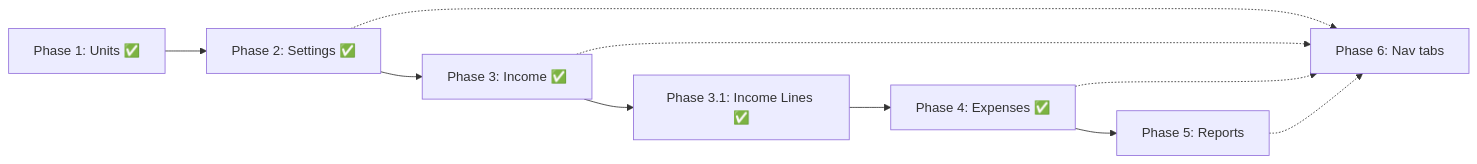
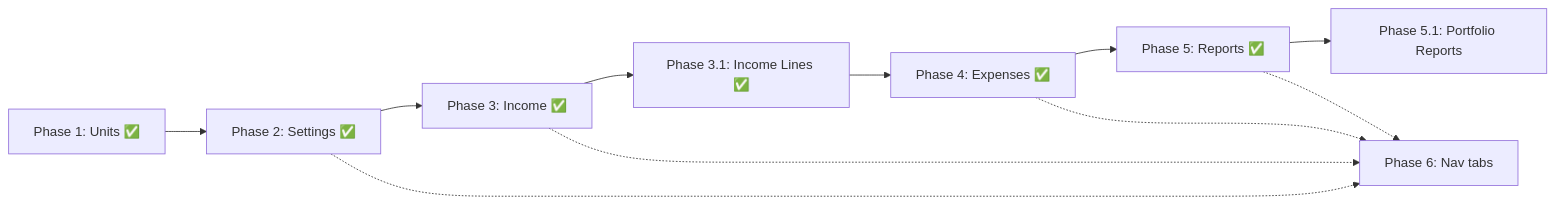
Before and after one commit to kurucaner/tenanto: the diagram in docs/PROPERTY_ACCOUNTING_PHASES.md, drawn with Mermaid. The commit also changed other lines of this file and 15 other files, not shown here.

Commit message:
feat: phase 5 property reports summary API, CSV export, and Reports tab

````diff
--- a/docs/PROPERTY_ACCOUNTING_PHASES.md
+++ b/docs/PROPERTY_ACCOUNTING_PHASES.md
@@ -273,15 +287,16 @@
 ```mermaid
 flowchart LR
   P1["Phase 1: Units ✅"]
   P2["Phase 2: Settings ✅"]
   P3["Phase 3: Income ✅"]
   P31["Phase 3.1: Income Lines ✅"]
   P4["Phase 4: Expenses ✅"]
-  P5["Phase 5: Reports"]
+  P5["Phase 5: Reports ✅"]
+  P51["Phase 5.1: Portfolio Reports"]
   P6["Phase 6: Nav tabs"]
-  P1 --> P2 --> P3 --> P31 --> P4 --> P5
+  P1 --> P2 --> P3 --> P31 --> P4 --> P5 --> P51
   P2 -.-> P6
   P3 -.-> P6
   P4 -.-> P6
   P5 -.-> P6
 ```
````
